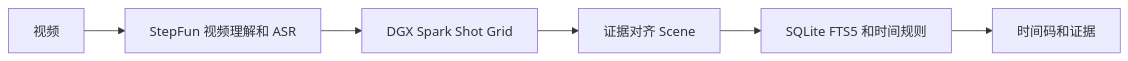
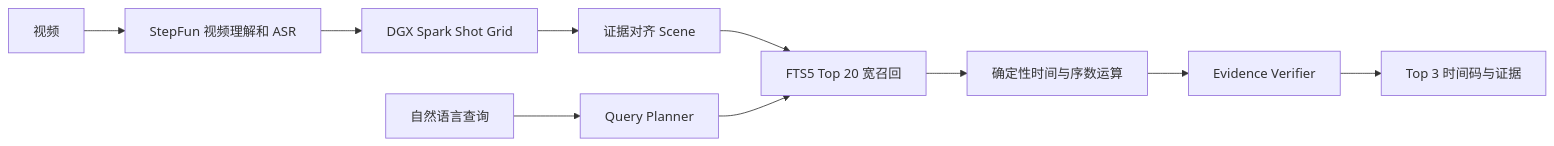
Before and after one commit to MaoDingA/ShotSeek: the diagram in README.md, drawn with Mermaid. The commit also changed other lines of this file and 3 other files, not shown here.

```diff
--- a/README.md
+++ b/README.md
@@ -17,8 +18,12 @@
 ~~~mermaid
 flowchart LR
     A[视频] --> B[StepFun 视频理解和 ASR]
     B --> C[DGX Spark Shot Grid]
     C --> D[证据对齐 Scene]
-    D --> E[SQLite FTS5 和时间规则]
-    E --> F[时间码和证据]
+    Q[自然语言查询] --> P[Query Planner]
+    D --> R[FTS5 Top 20 宽召回]
+    P --> R
+    R --> T[确定性时间与序数运算]
+    T --> V[Evidence Verifier]
+    V --> O[Top 3 时间码与证据]
 ~~~
```
